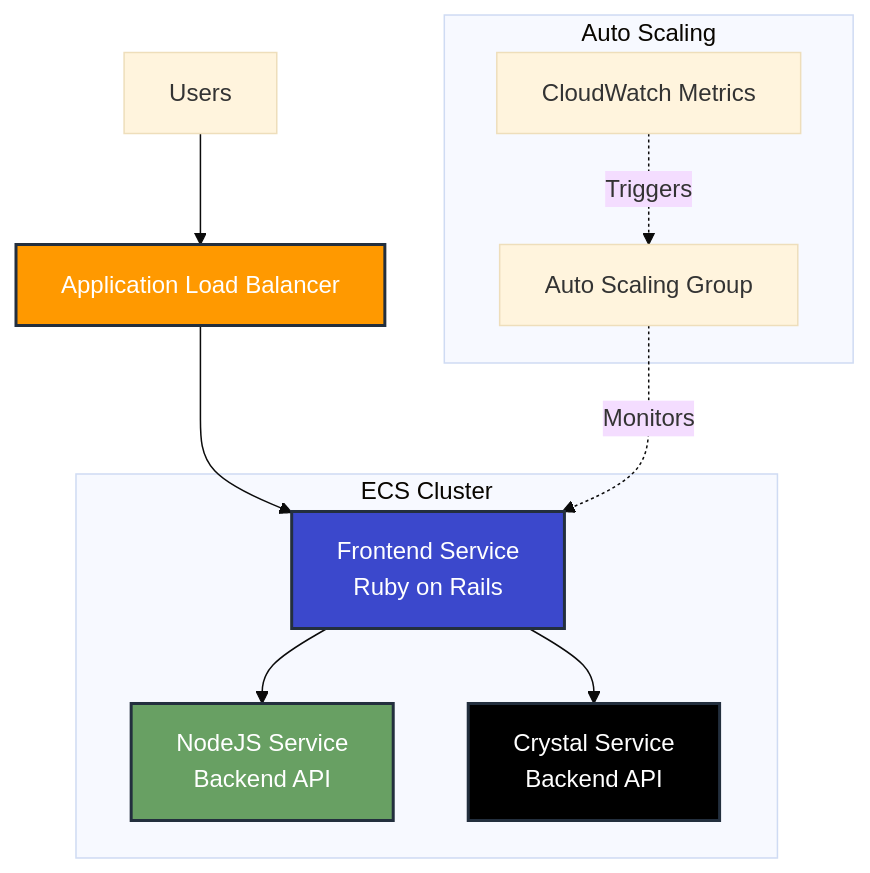
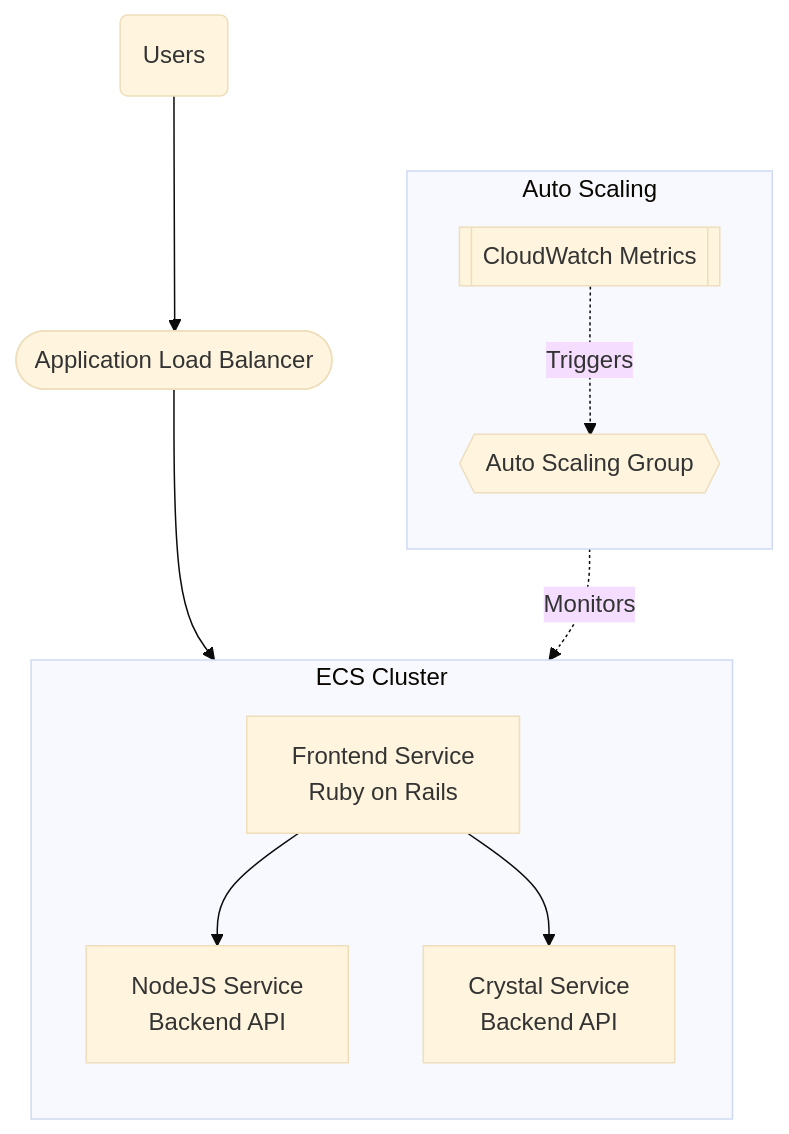
The diagram in 01-introduction-horizontal-scalability/README.md (mrcarpinchoo/system-design-course), drawn with Mermaid (base theme) before and after one commit. The commit also changed 7 other files, not shown here.

First line of the commit message:
feat: enhance Mermaid diagrams with semantic shapes and styling (#30)

````diff
--- a/01-introduction-horizontal-scalability/README.md
+++ b/01-introduction-horizontal-scalability/README.md
@@ -25,25 +25,26 @@
 ```mermaid
 graph TB
-    User[Users] --> ALB[Application Load Balancer]
-    ALB --> Frontend[Frontend Service<br/>Ruby on Rails]
-    Frontend --> NodeJS[NodeJS Service<br/>Backend API]
-    Frontend --> Crystal[Crystal Service<br/>Backend API]
+    %% Traffic flow
+    User("Users") --> ALB(["Application Load Balancer"])
+    ALB --> Frontend["Frontend Service<br>Ruby on Rails"]
+    Frontend --> NodeJS["NodeJS Service<br>Backend API"]
+    Frontend --> Crystal["Crystal Service<br>Backend API"]
 
-    subgraph ECS Cluster
+    %% ECS services
+    subgraph ecs_cluster ["ECS Cluster"]
+        direction TB
         Frontend
         NodeJS
         Crystal
     end
 
-    subgraph Auto Scaling
-        ASG[Auto Scaling Group]
-        CW[CloudWatch Metrics]
-        ASG -.Monitors.-> Frontend
-        CW -.Triggers.-> ASG
+    %% Autoscaling feedback loop
+    subgraph auto_scaling ["Auto Scaling"]
+        direction TB
+        ASG{{"Auto Scaling Group"}}
+        CW[["CloudWatch Metrics"]]
+        ASG -.->|"Monitors"| Frontend
+        CW -.->|"Triggers"| ASG
     end
 
-    style ALB fill:#ff9900,stroke:#232f3e,stroke-width:2px,color:#fff
-    style Frontend fill:#3b48cc,stroke:#232f3e,stroke-width:2px,color:#fff
-    style NodeJS fill:#68a063,stroke:#232f3e,stroke-width:2px,color:#fff
-    style Crystal fill:#000,stroke:#232f3e,stroke-width:2px,color:#fff
 ```
````
